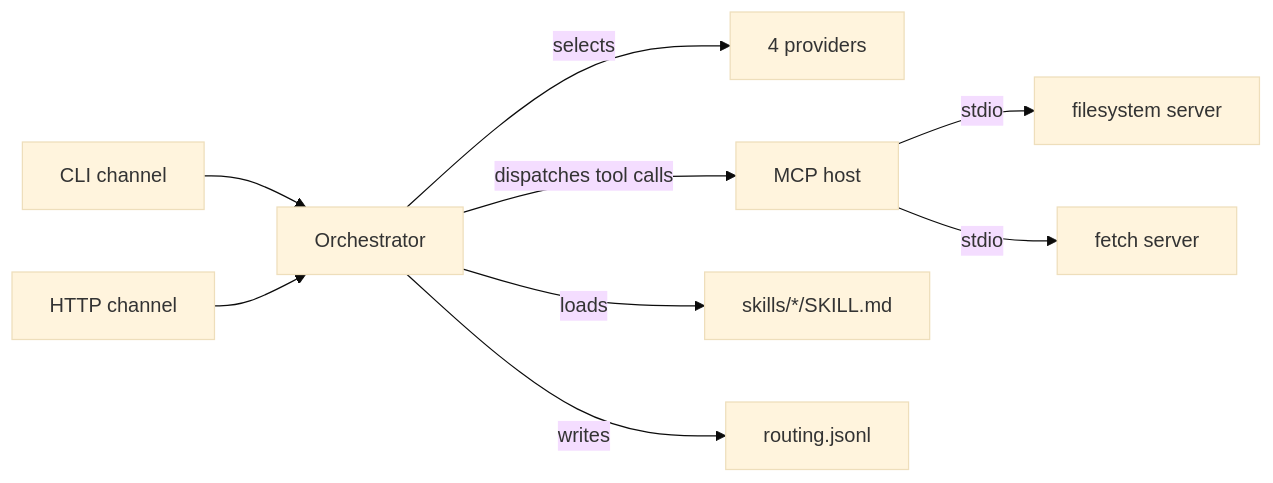
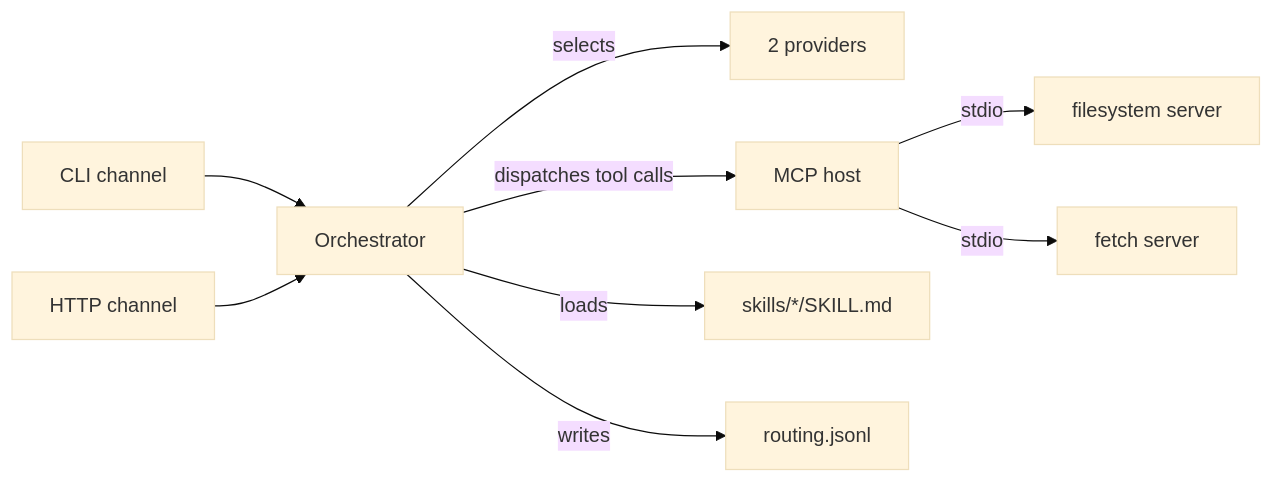
One commit to ber4444/ferryman-mcp changed the diagram in README.md. Above: the diagram before and after it, drawn with Mermaid (base theme). The commit also changed other lines of this file and 5 other files, not shown here.

````diff
--- a/README.md
+++ b/README.md
@@ -109,11 +107,11 @@
 ```mermaid
 flowchart LR
     CLI[CLI channel] --> Orchestrator
     HTTP[HTTP channel] --> Orchestrator
-    Orchestrator -->|selects| Providers[4 providers]
+    Orchestrator -->|selects| Providers[2 providers]
     Orchestrator -->|dispatches tool calls| McpHost[MCP host]
     McpHost -->|stdio| FS[filesystem server]
     McpHost -->|stdio| Fetch[fetch server]
     Orchestrator -->|loads| Skills[skills/*/SKILL.md]
     Orchestrator -->|writes| Logs[routing.jsonl]
 ```
````
